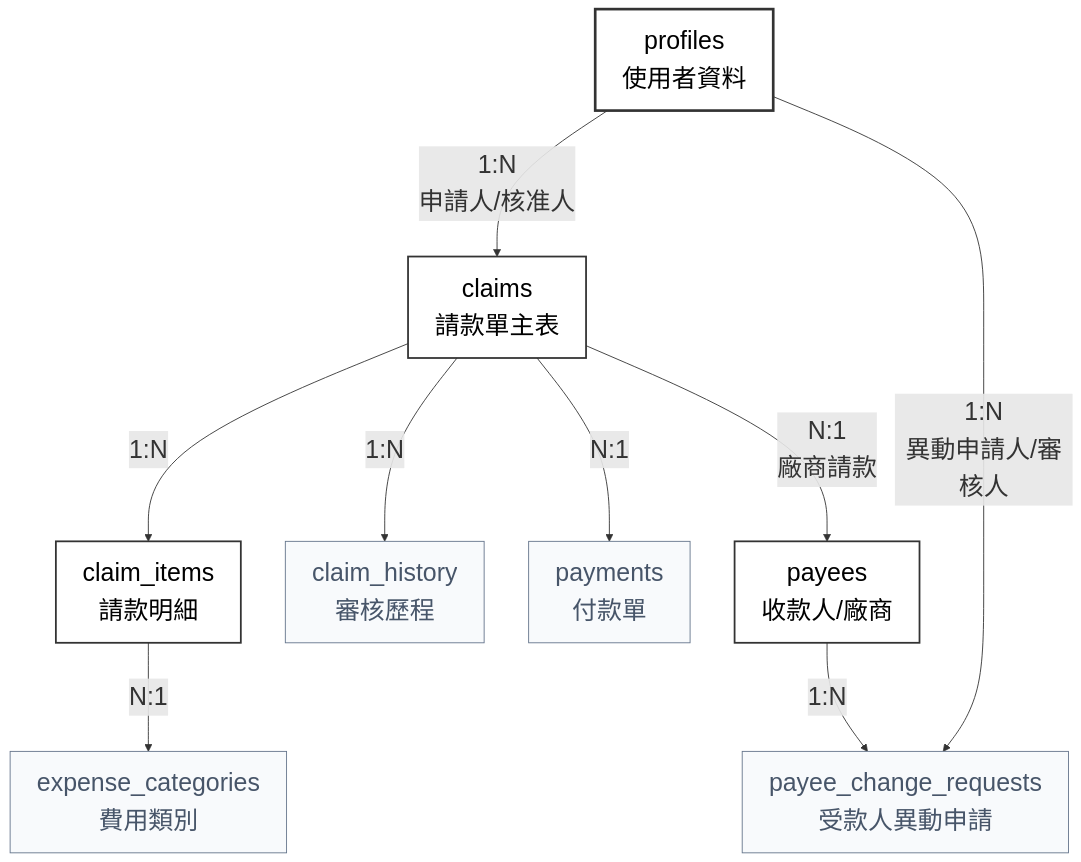
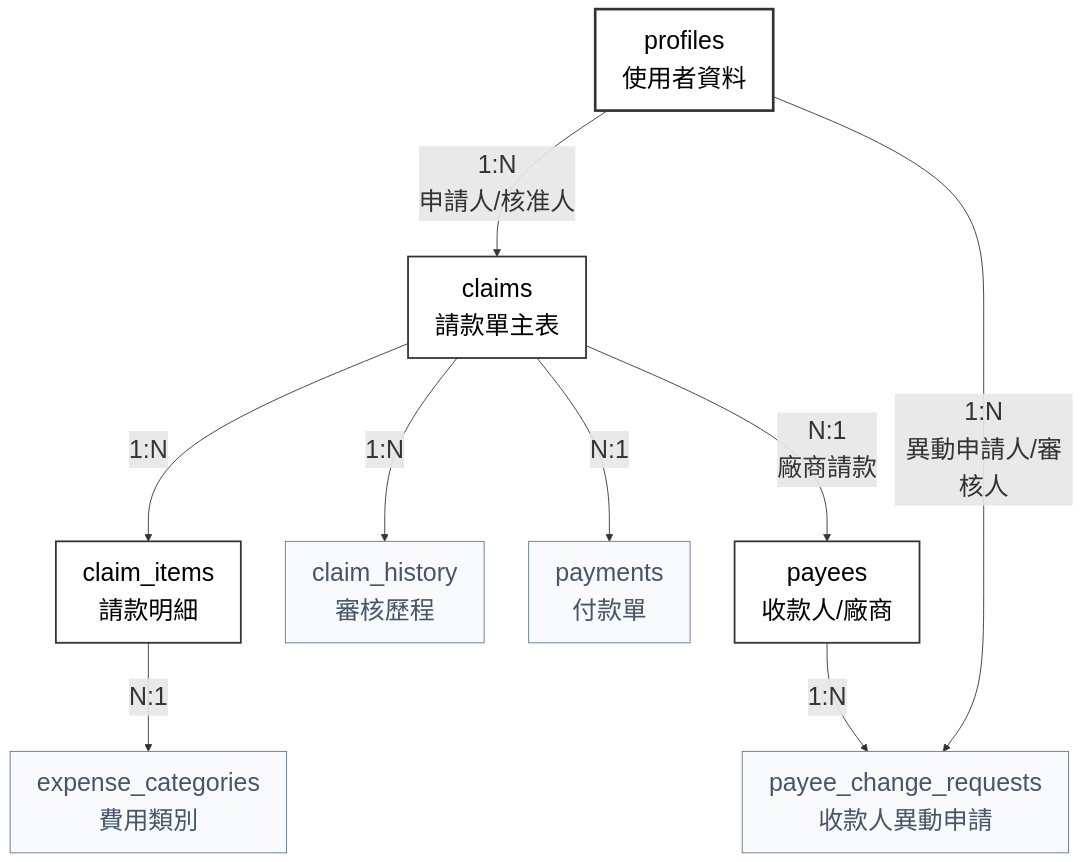
One commit to cando-yeh/payment changed the diagram in 參考文件/03_資料庫與資料規約.md. Above: the diagram before and after it, drawn with Mermaid. The commit also changed other lines of this file and 22 other files, not shown here.

````diff
--- a/參考文件/03_資料庫與資料規約.md
+++ b/參考文件/03_資料庫與資料規約.md
@@ -43,30 +43,30 @@
 ```mermaid
 %%{init: { 'flowchart': { 'nodeSpacing': 50, 'rankSpacing': 80 }, 'themeVariables': { 'fontSize': '28px', 'fontFamily': 'arial' } } }%%
 graph TD
     Profiles[profiles<br/>使用者資料]:::mainStyle
     Claims[claims<br/>請款單主表]:::mainStyle
     Items[claim_items<br/>請款明細]:::mainStyle
     History[claim_history<br/>審核歷程]:::subStyle
     Payments[payments<br/>付款單]:::subStyle
     Payees[payees<br/>收款人/廠商]:::mainStyle
-    PayeeChanges[payee_change_requests<br/>受款人異動申請]:::subStyle
+    PayeeChanges[payee_change_requests<br/>收款人異動申請]:::subStyle
     Categories[expense_categories<br/>費用類別]:::subStyle
 
     %% 關聯關係
     Profiles -- "1:N<br/>申請人/核准人" --> Claims
     Claims -- "1:N" --> Items
     Claims -- "1:N" --> History
     Claims -- "N:1" --> Payments
     Claims -- "N:1<br/>廠商請款" --> Payees
     
     Items -- "N:1" --> Categories
     
     Profiles -- "1:N<br/>異動申請人/審核人" --> PayeeChanges
     Payees -- "1:N" --> PayeeChanges
 
     %% 樣式定義
     classDef mainStyle fill:#ffffff,stroke:#333,stroke-width:2px,color:#000;
     classDef subStyle fill:#f8fafc,stroke:#64748b,stroke-width:1px,color:#475569;
 
     style Profiles stroke-width:3px
 ```
````
